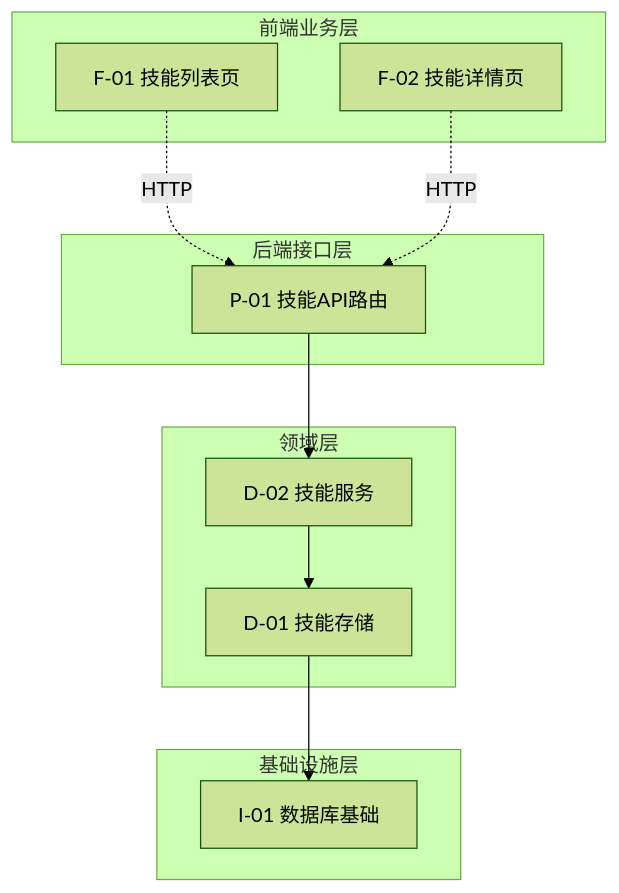
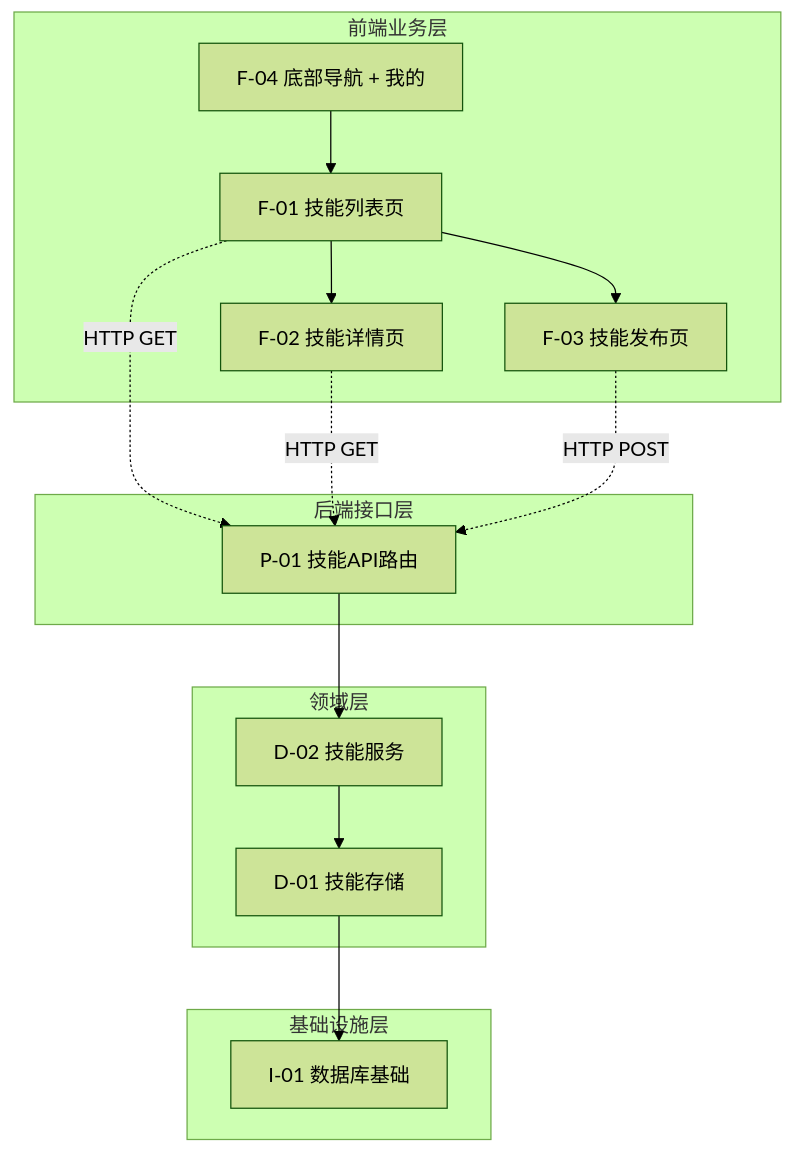
One commit to toly1994328/skills-hub-by-ai changed the diagram in docs/features/archiver/index.md. Above: the diagram before and after it, drawn with Mermaid (forest theme). The commit also changed other lines of this file and 2 other files, not shown here.

Commit message:
docs: v0.0.2 归档 — 更新功能网 + 局域网络 + 存档快照

````diff
--- a/docs/features/archiver/index.md
+++ b/docs/features/archiver/index.md
@@ -16,26 +18,32 @@
 ```mermaid
 graph TB
     subgraph FE[前端业务层]
         F01[F-01 技能列表页]
         F02[F-02 技能详情页]
+        F03[F-03 技能发布页]
+        F04[F-04 底部导航 + 我的]
     end
 
     subgraph API[后端接口层]
         P01[P-01 技能API路由]
     end
 
     subgraph DOMAIN[领域层]
         D01[D-01 技能存储]
         D02[D-02 技能服务]
     end
 
     subgraph INFRA[基础设施层]
         I01[I-01 数据库基础]
     end
 
-    F01 -.->|HTTP| P01
-    F02 -.->|HTTP| P01
+    F04 --> F01
+    F01 --> F02
+    F01 --> F03
+    F01 -.->|HTTP GET| P01
+    F02 -.->|HTTP GET| P01
+    F03 -.->|HTTP POST| P01
     P01 --> D02
     D02 --> D01
     D01 --> I01
 ```
````
